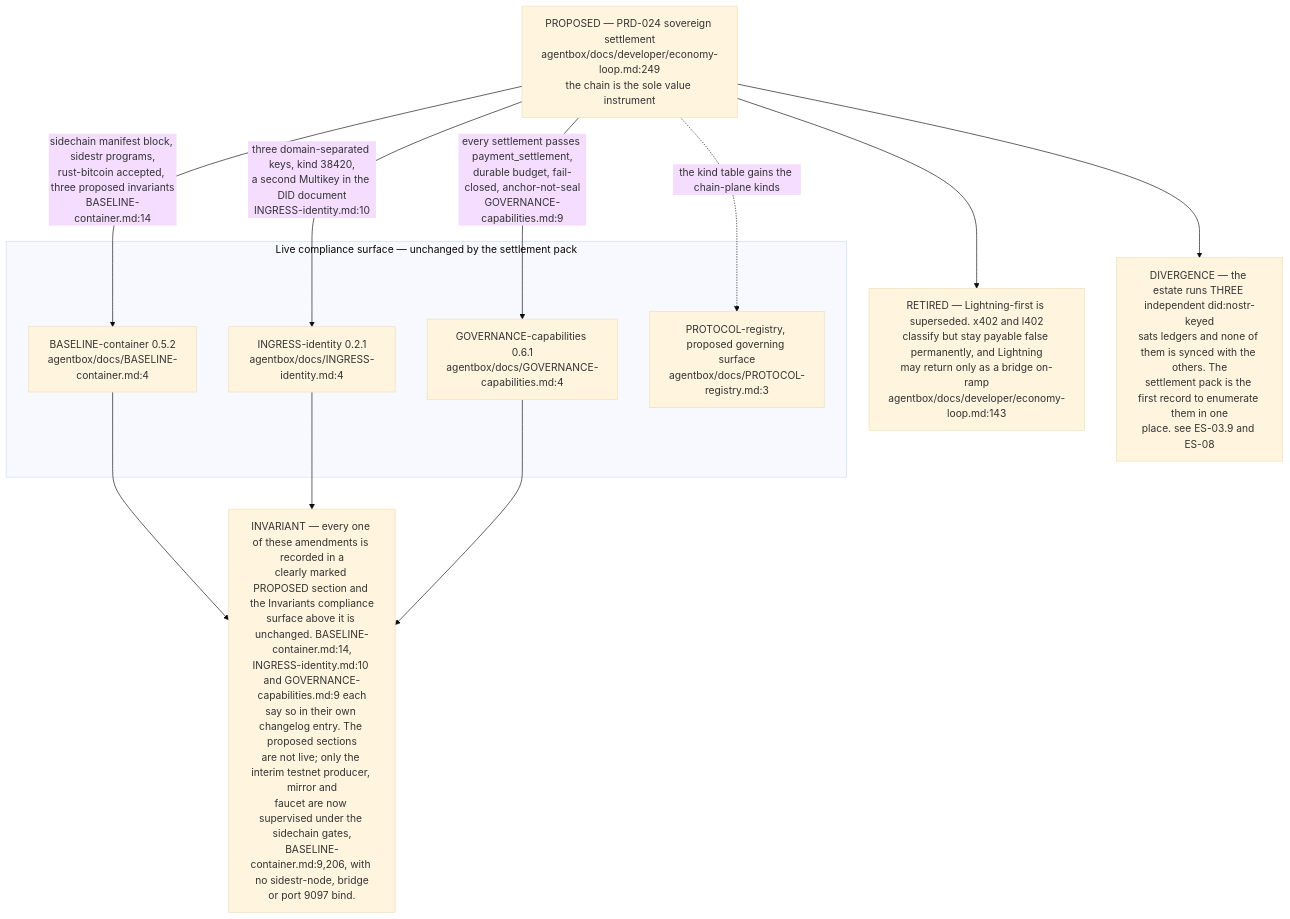
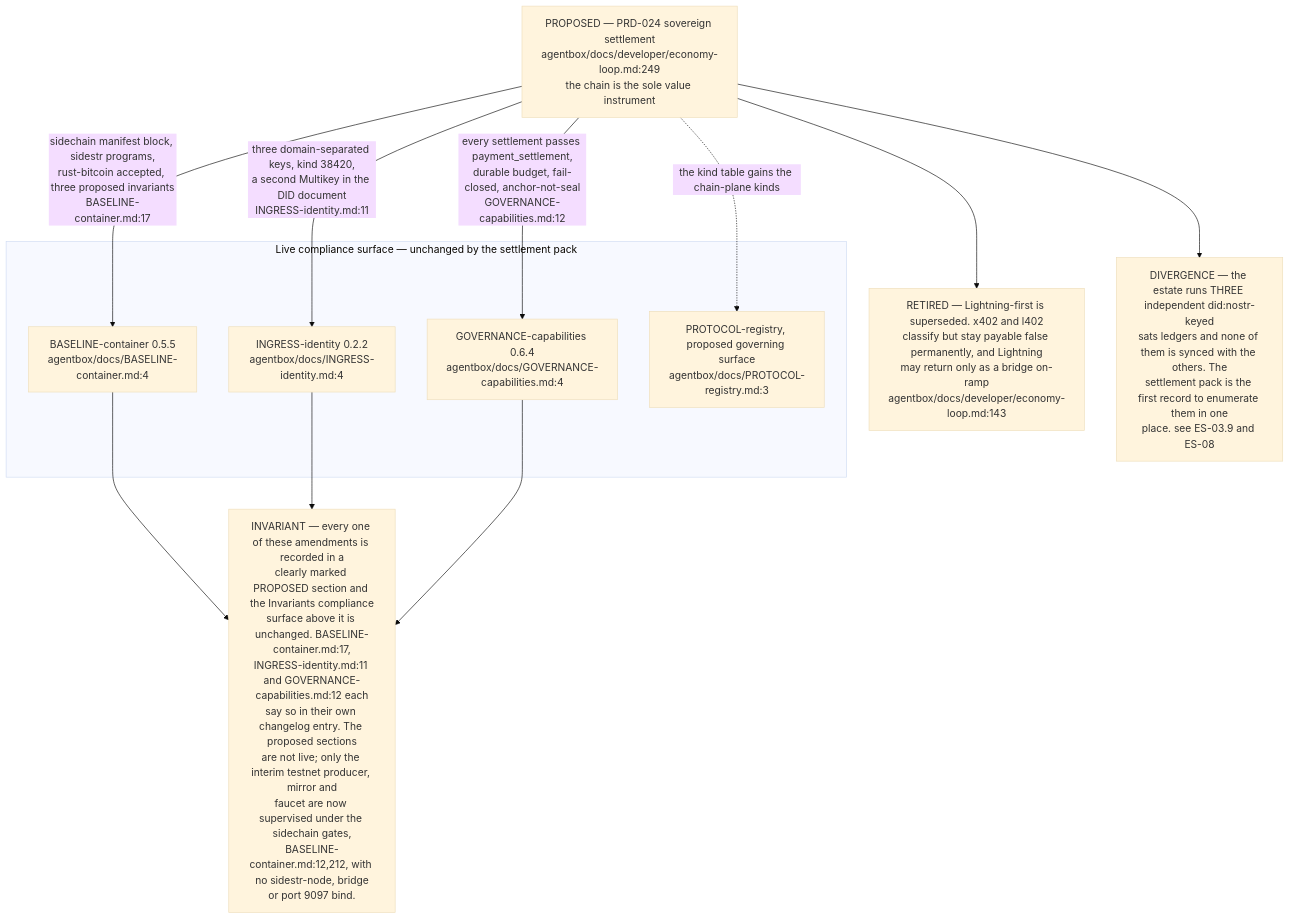
Before and after one commit to DreamLab-AI/VisionFlow: the eighth of 8 diagrams in docs/diagrams/estate/01-estate-topology.md, drawn with Mermaid (base theme). The commit also changed other lines of this file and 111 other files, not shown here.

Commit message:
docs(diagrams): align estate maps with current source

````diff
--- a/docs/diagrams/estate/01-estate-topology.md
+++ b/docs/diagrams/estate/01-estate-topology.md
@@ -303,27 +303,27 @@
 ```mermaid
 flowchart TB
     subgraph LIVE["Live compliance surface — unchanged by the settlement pack"]
-        BC["BASELINE-container 0.5.2<br/>agentbox/docs/BASELINE-container.md:4"]
-        IG["INGRESS-identity 0.2.1<br/>agentbox/docs/INGRESS-identity.md:4"]
-        GC["GOVERNANCE-capabilities 0.6.1<br/>agentbox/docs/GOVERNANCE-capabilities.md:4"]
+        BC["BASELINE-container 0.5.5<br/>agentbox/docs/BASELINE-container.md:4"]
+        IG["INGRESS-identity 0.2.2<br/>agentbox/docs/INGRESS-identity.md:4"]
+        GC["GOVERNANCE-capabilities 0.6.4<br/>agentbox/docs/GOVERNANCE-capabilities.md:4"]
         PR["PROTOCOL-registry, proposed governing surface<br/>agentbox/docs/PROTOCOL-registry.md:3"]
     end
 
     PRD["PROPOSED — PRD-024 sovereign settlement<br/>agentbox/docs/developer/economy-loop.md:249<br/>the chain is the sole value instrument"]
 
-    PRD -->|"sidechain manifest block, sidestr programs,<br/>rust-bitcoin accepted, three proposed invariants<br/>BASELINE-container.md:14"| BC
-    PRD -->|"three domain-separated keys, kind 38420,<br/>a second Multikey in the DID document<br/>INGRESS-identity.md:10"| IG
-    PRD -->|"every settlement passes payment_settlement,<br/>durable budget, fail-closed, anchor-not-seal<br/>GOVERNANCE-capabilities.md:9"| GC
+    PRD -->|"sidechain manifest block, sidestr programs,<br/>rust-bitcoin accepted, three proposed invariants<br/>BASELINE-container.md:17"| BC
+    PRD -->|"three domain-separated keys, kind 38420,<br/>a second Multikey in the DID document<br/>INGRESS-identity.md:11"| IG
+    PRD -->|"every settlement passes payment_settlement,<br/>durable budget, fail-closed, anchor-not-seal<br/>GOVERNANCE-capabilities.md:12"| GC
     PRD -.->|"the kind table gains the chain-plane kinds"| PR
 
     RET["RETIRED — Lightning-first is superseded. x402 and l402<br/>classify but stay payable false permanently, and Lightning<br/>may return only as a bridge on-ramp<br/>agentbox/docs/developer/economy-loop.md:143"]
     PRD --> RET
 
-    INV["INVARIANT — every one of these amendments is recorded in a<br/>clearly marked PROPOSED section and the Invariants compliance<br/>surface above it is unchanged. BASELINE-container.md:14,<br/>INGRESS-identity.md:10 and GOVERNANCE-capabilities.md:9 each<br/>say so in their own changelog entry. The proposed sections<br/>are not live; only the interim testnet producer, mirror and<br/>faucet are now supervised under the sidechain gates,<br/>BASELINE-container.md:9,206, with no sidestr-node, bridge<br/>or port 9097 bind."]
+    INV["INVARIANT — every one of these amendments is recorded in a<br/>clearly marked PROPOSED section and the Invariants compliance<br/>surface above it is unchanged. BASELINE-container.md:17,<br/>INGRESS-identity.md:11 and GOVERNANCE-capabilities.md:12 each<br/>say so in their own changelog entry. The proposed sections<br/>are not live; only the interim testnet producer, mirror and<br/>faucet are now supervised under the sidechain gates,<br/>BASELINE-container.md:12,212, with no sidestr-node, bridge<br/>or port 9097 bind."]
     BC --> INV
     IG --> INV
     GC --> INV
 
     LEDG["DIVERGENCE — the estate runs THREE independent did:nostr-keyed<br/>sats ledgers and none of them is synced with the others. The<br/>settlement pack is the first record to enumerate them in one<br/>place. see ES-03.9 and ES-08"]
     PRD --> LEDG
 ```
````
